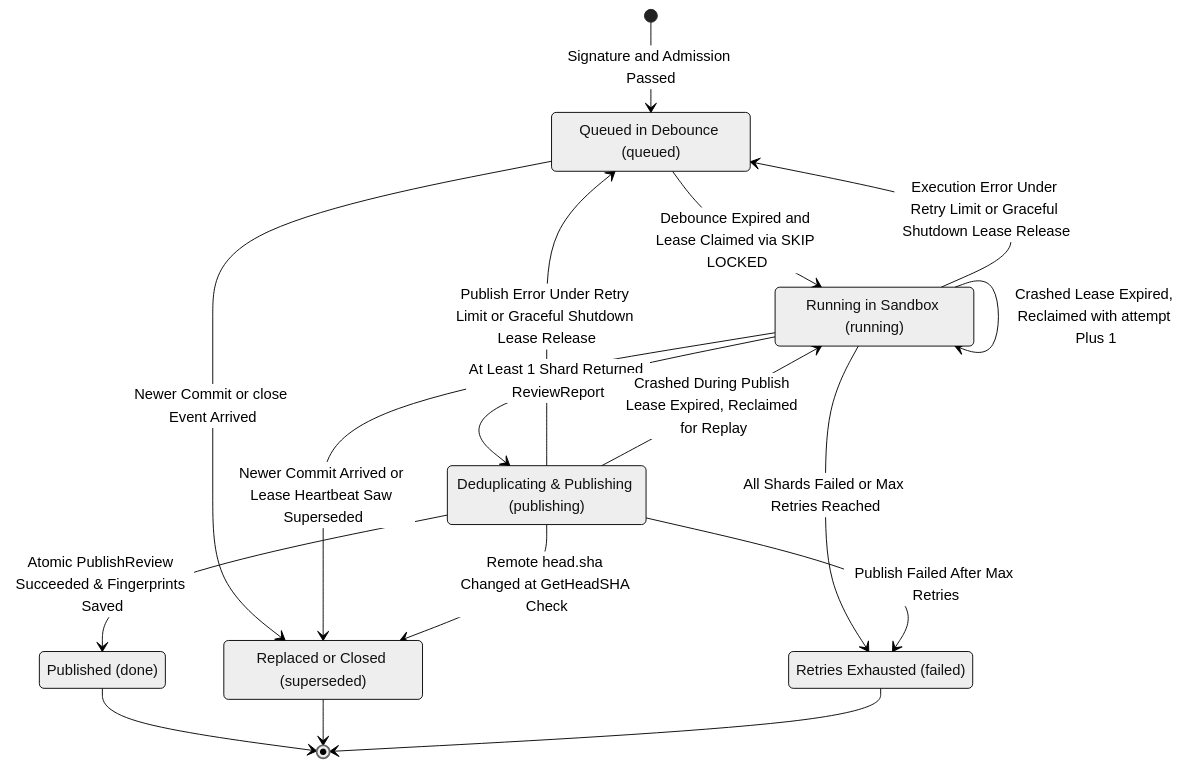
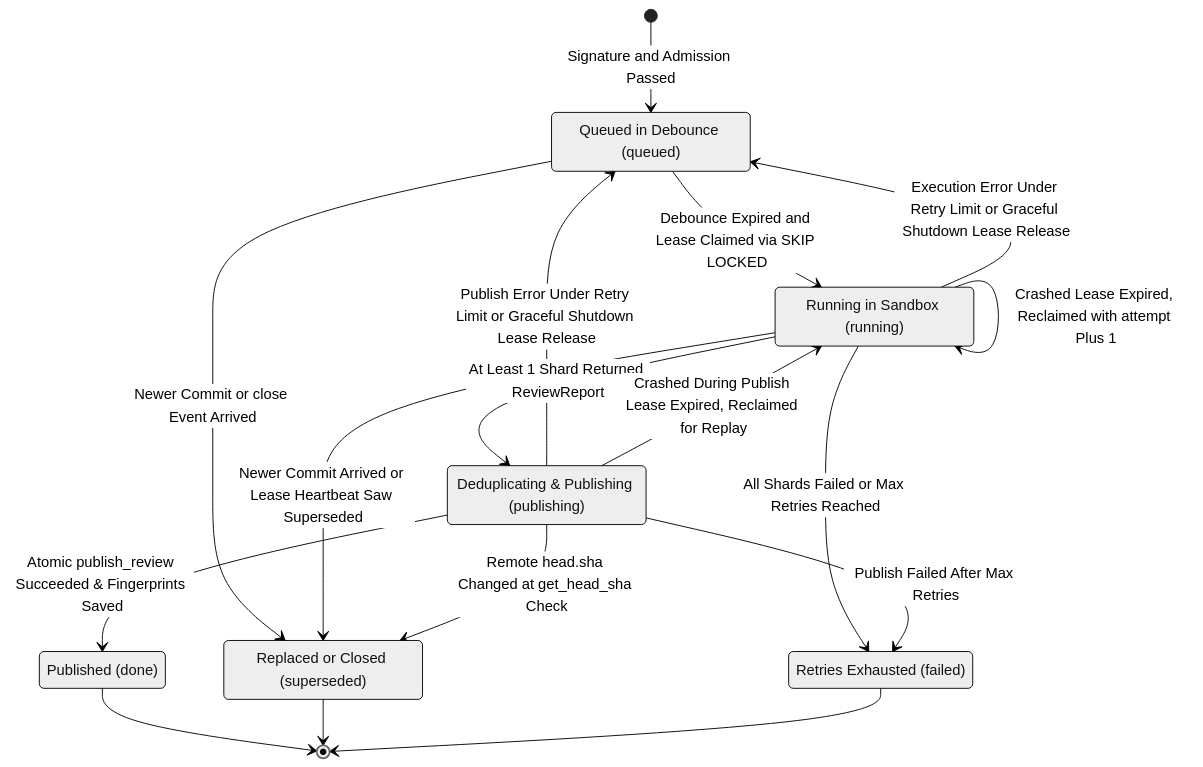
Before and after one commit to zetxqx/review-agent-infra: the second of 7 diagrams in docs/design/implementation-plan.md, drawn with Mermaid (neutral theme). The commit also changed other lines of this file and 7 other files, not shown here.

````diff
--- a/docs/design/implementation-plan.md
+++ b/docs/design/implementation-plan.md
@@ -296,26 +419,26 @@
 ```mermaid
 stateDiagram-v2
     state "Queued in Debounce (queued)" as queued
     state "Running in Sandbox (running)" as running
     state "Deduplicating & Publishing (publishing)" as publishing
     state "Published (done)" as done
     state "Replaced or Closed (superseded)" as superseded
     state "Retries Exhausted (failed)" as failed
 
     [*] --> queued : Signature and Admission Passed
     queued --> running : Debounce Expired and Lease Claimed via SKIP LOCKED
     queued --> superseded : Newer Commit or close Event Arrived
     running --> publishing : At Least 1 Shard Returned ReviewReport
     running --> queued : Execution Error Under Retry Limit or Graceful Shutdown Lease Release
     running --> running : Crashed Lease Expired, Reclaimed with attempt Plus 1
     running --> superseded : Newer Commit Arrived or Lease Heartbeat Saw Superseded
     running --> failed : All Shards Failed or Max Retries Reached
     publishing --> queued : Publish Error Under Retry Limit or Graceful Shutdown Lease Release
     publishing --> running : Crashed During Publish Lease Expired, Reclaimed for Replay
-    publishing --> superseded : Remote head.sha Changed at GetHeadSHA Check
-    publishing --> done : Atomic PublishReview Succeeded & Fingerprints Saved
+    publishing --> superseded : Remote head.sha Changed at get_head_sha Check
+    publishing --> done : Atomic publish_review Succeeded & Fingerprints Saved
     publishing --> failed : Publish Failed After Max Retries
     done --> [*]
     superseded --> [*]
     failed --> [*]
 ```
````
